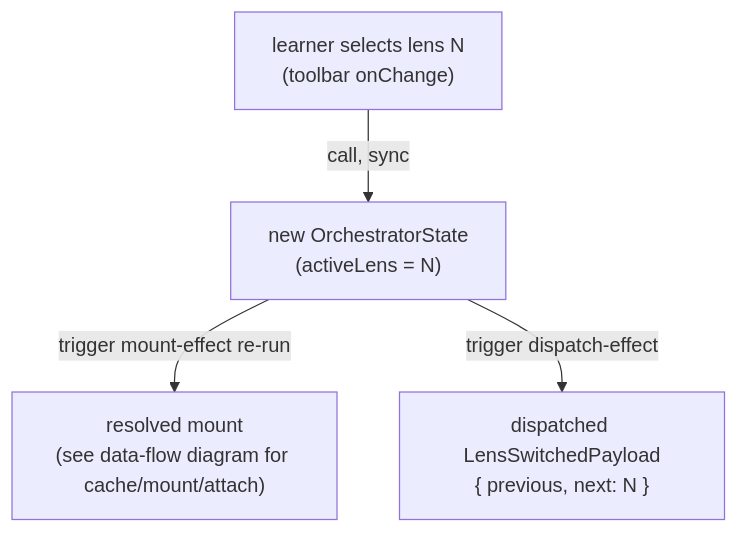
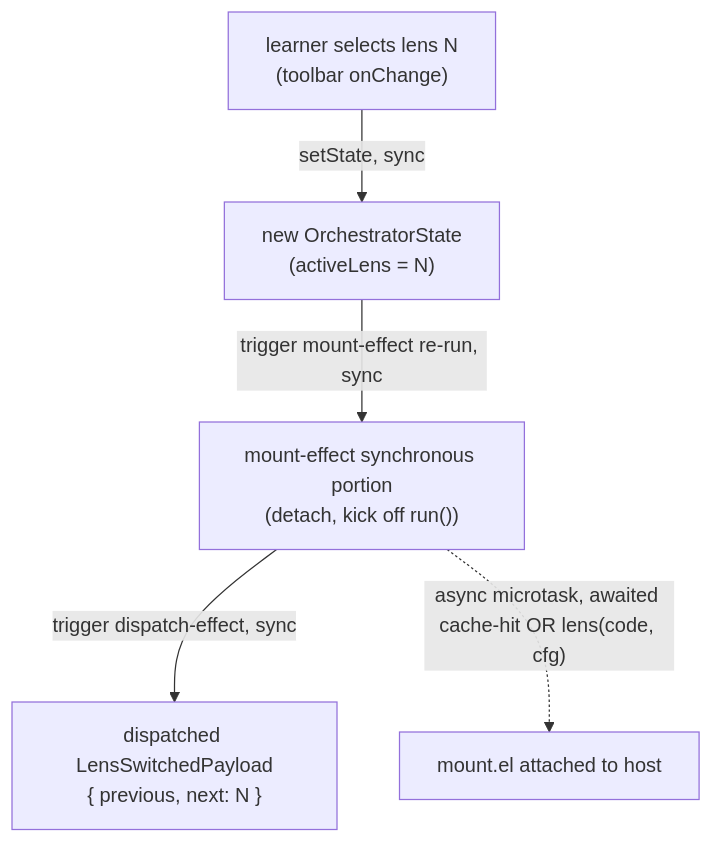
One commit to codeschoolinabox/curricula changed the second of 2 diagrams in src/lib/welcome-to-programming/just-enough/javascript/study-lenses/orchestrator/DOCS.md. Above: the diagram before and after it, drawn with Mermaid. The commit also changed other lines of this file and 1 other file, not shown here.

First line of the commit message:
docs: establish Increment-9 toolbar domain model and switch flow sketch

````diff
--- a/src/lib/welcome-to-programming/just-enough/javascript/study-lenses/orchestrator/DOCS.md
+++ b/src/lib/welcome-to-programming/just-enough/javascript/study-lenses/orchestrator/DOCS.md
@@ -133,6 +158,7 @@
 ```mermaid
 flowchart TD
-    userSelect["learner selects lens N<br/>(toolbar onChange)"] -->|"call, sync"| Transitioning["new OrchestratorState<br/>(activeLens = N)"]
-    Transitioning -->|"trigger mount-effect re-run"| Mounted["resolved mount<br/>(see data-flow diagram for cache/mount/attach)"]
-    Transitioning -->|"trigger dispatch-effect"| Dispatched["dispatched LensSwitchedPayload<br/>{ previous, next: N }"]
+    userSelect["learner selects lens N<br/>(toolbar onChange)"] -->|"setState, sync"| Transitioning["new OrchestratorState<br/>(activeLens = N)"]
+    Transitioning -->|"trigger mount-effect re-run, sync"| MountSync["mount-effect synchronous portion<br/>(detach, kick off run())"]
+    MountSync -->|"trigger dispatch-effect, sync"| Dispatched["dispatched LensSwitchedPayload<br/>{ previous, next: N }"]
+    MountSync -.async microtask, awaited cache-hit OR lens(code, cfg).-> Attached["mount.el attached to host"]
 ```
````
